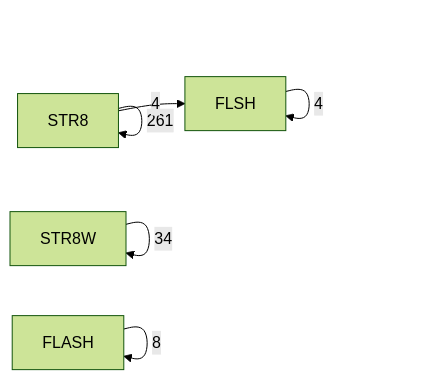
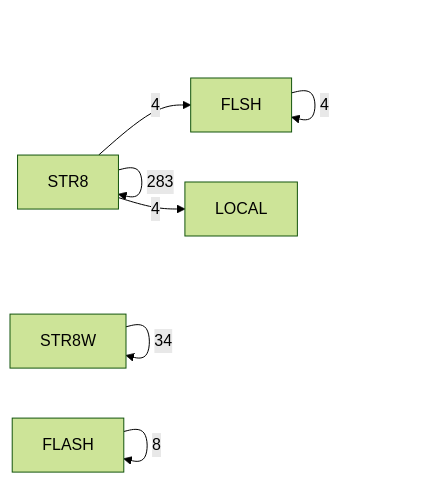
The fifth of 6 diagrams in DOC/GENERATED/ROUTINE_CLASS_DIAGRAM.md (95westus/R-YORS), drawn with Mermaid (forest theme) before and after one commit. The commit also changed other lines of this file and 14 other files, not shown here.

````diff
--- a/DOC/GENERATED/ROUTINE_CLASS_DIAGRAM.md
+++ b/DOC/GENERATED/ROUTINE_CLASS_DIAGRAM.md
@@ -78,8 +77,9 @@
 ```mermaid
 flowchart LR
-    P_STR8[STR8] -->|261| P_STR8[STR8]
+    P_STR8[STR8] -->|283| P_STR8[STR8]
     P_STR8W[STR8W] -->|34| P_STR8W[STR8W]
     P_FLASH[FLASH] -->|8| P_FLASH[FLASH]
     P_FLSH[FLSH] -->|4| P_FLSH[FLSH]
     P_STR8[STR8] -->|4| P_FLSH[FLSH]
+    P_STR8[STR8] -->|4| P_LOCAL[LOCAL]
 ```
````
